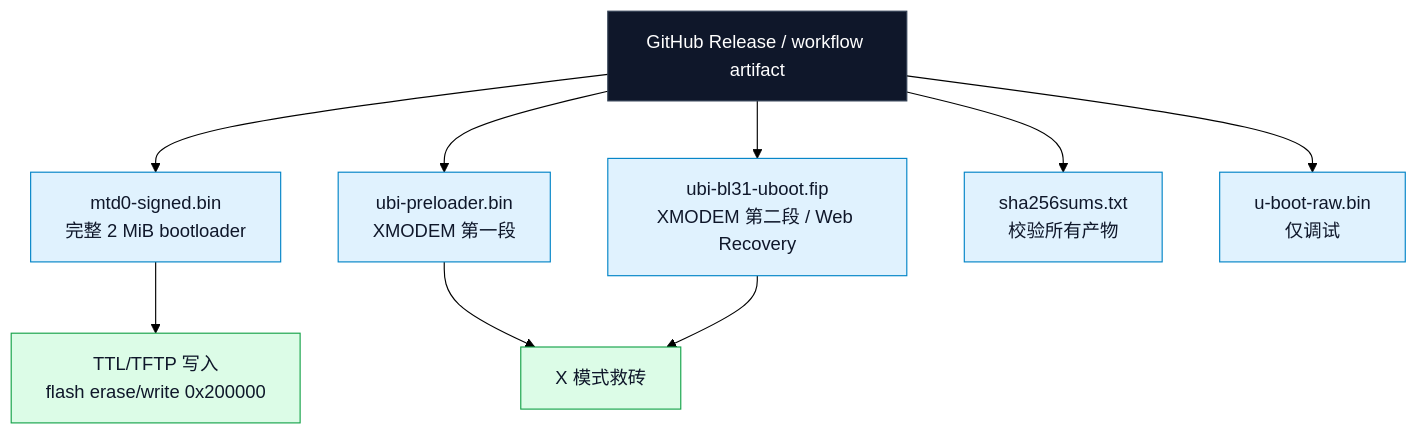
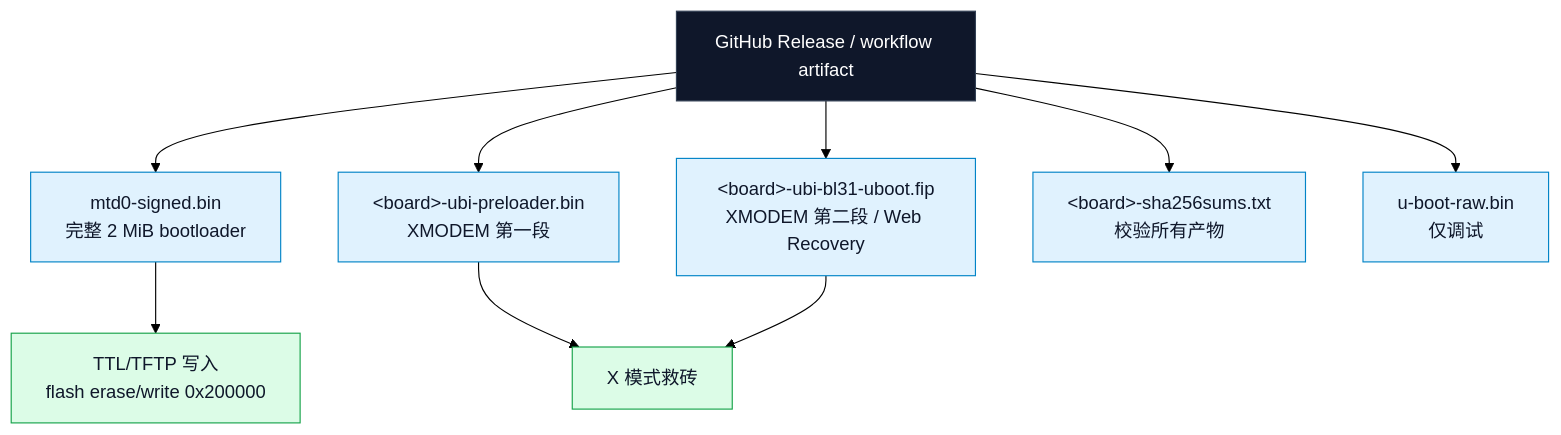
One commit to naoki66/u-boot-for-brightspeed-gemtek changed the third of 4 diagrams in README.md. Above: the diagram before and after it, drawn with Mermaid (forest theme). The commit also changed other lines of this file and 11 other files, not shown here.

````diff
--- a/README.md
+++ b/README.md
@@ -283,20 +284,20 @@
 ```mermaid
 flowchart TD
     R["GitHub Release / workflow artifact"] --> M["mtd0-signed.bin<br/>完整 2 MiB bootloader"]
-    R --> P["ubi-preloader.bin<br/>XMODEM 第一段"]
-    R --> F["ubi-bl31-uboot.fip<br/>XMODEM 第二段 / Web Recovery"]
-    R --> S["sha256sums.txt<br/>校验所有产物"]
+    R --> P["&lt;board&gt;-ubi-preloader.bin<br/>XMODEM 第一段"]
+    R --> F["&lt;board&gt;-ubi-bl31-uboot.fip<br/>XMODEM 第二段 / Web Recovery"]
+    R --> S["&lt;board&gt;-sha256sums.txt<br/>校验所有产物"]
     R --> U["u-boot-raw.bin<br/>仅调试"]
 
     M --> T["TTL/TFTP 写入<br/>flash erase/write 0x200000"]
     P --> X["X 模式救砖"]
     F --> X
 
     classDef root fill:#0f172a,stroke:#334155,color:#ffffff;
     classDef art fill:#e0f2fe,stroke:#0284c7,color:#0f172a;
     classDef use fill:#dcfce7,stroke:#16a34a,color:#0f172a;
 
     class R root;
     class M,P,F,S,U art;
     class T,X use;
 ```
````
